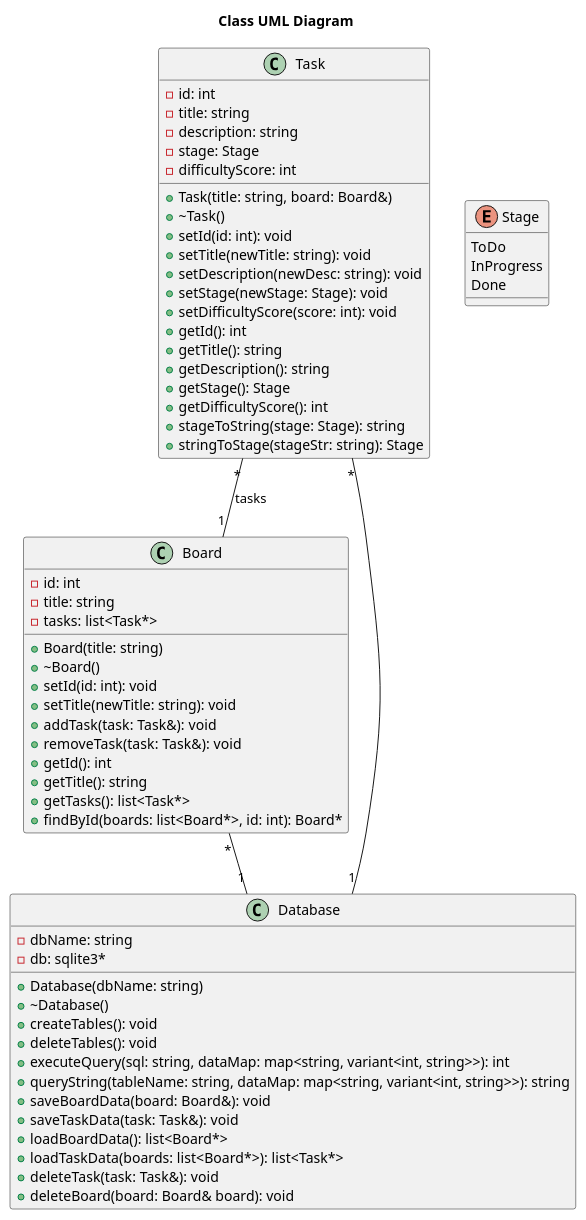
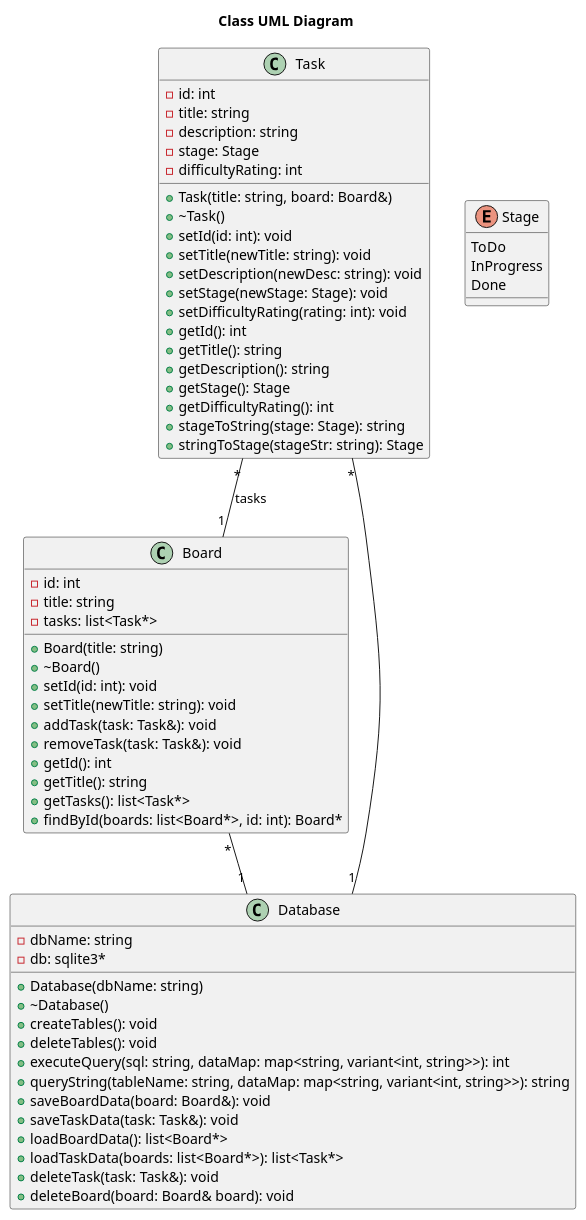
The diagram in diagrams/classUML.puml (travisformayor/cli_kanban), drawn with PlantUML before and after one commit. The commit also changed 3 other files, not shown here.

Commit message:
rename score to rating

```diff
--- a/diagrams/classUML.puml
+++ b/diagrams/classUML.puml
@@ -1,70 +1,70 @@
 @startuml classUML
 
 title Class UML Diagram
 
 Task "*" -- "1" Board : tasks
 Task "*" -- "1" Database
 Board "*" -- "1" Database
 
 enum Stage {
   ToDo
   InProgress
   Done
 }
 
 class Task {
   -id: int
   -title: string
   -description: string
   -stage: Stage
-  -difficultyScore: int
+  -difficultyRating: int
   +Task(title: string, board: Board&)
   +~Task()
   +setId(id: int): void
   +setTitle(newTitle: string): void
   +setDescription(newDesc: string): void
   +setStage(newStage: Stage): void
-  +setDifficultyScore(score: int): void
+  +setDifficultyRating(rating: int): void
   +getId(): int
   +getTitle(): string
   +getDescription(): string
   +getStage(): Stage
-  +getDifficultyScore(): int
+  +getDifficultyRating(): int
   +stageToString(stage: Stage): string
   +stringToStage(stageStr: string): Stage
 }
 
 class Board {
   -id: int
   -title: string
   -tasks: list<Task*>
   +Board(title: string)
   +~Board()
   +setId(id: int): void
   +setTitle(newTitle: string): void
   +addTask(task: Task&): void
   +removeTask(task: Task&): void
   +getId(): int
   +getTitle(): string
   +getTasks(): list<Task*>
   +findById(boards: list<Board*>, id: int): Board*
 }
 
 class Database {
   -dbName: string
   -db: sqlite3*
   +Database(dbName: string)
   +~Database()
   +createTables(): void
   +deleteTables(): void
   +executeQuery(sql: string, dataMap: map<string, variant<int, string>>): int
   +queryString(tableName: string, dataMap: map<string, variant<int, string>>): string
   +saveBoardData(board: Board&): void
   +saveTaskData(task: Task&): void
   +loadBoardData(): list<Board*>
   +loadTaskData(boards: list<Board*>): list<Task*>
   +deleteTask(task: Task&): void
   +deleteBoard(board: Board& board): void
 }
 
 @enduml
```
